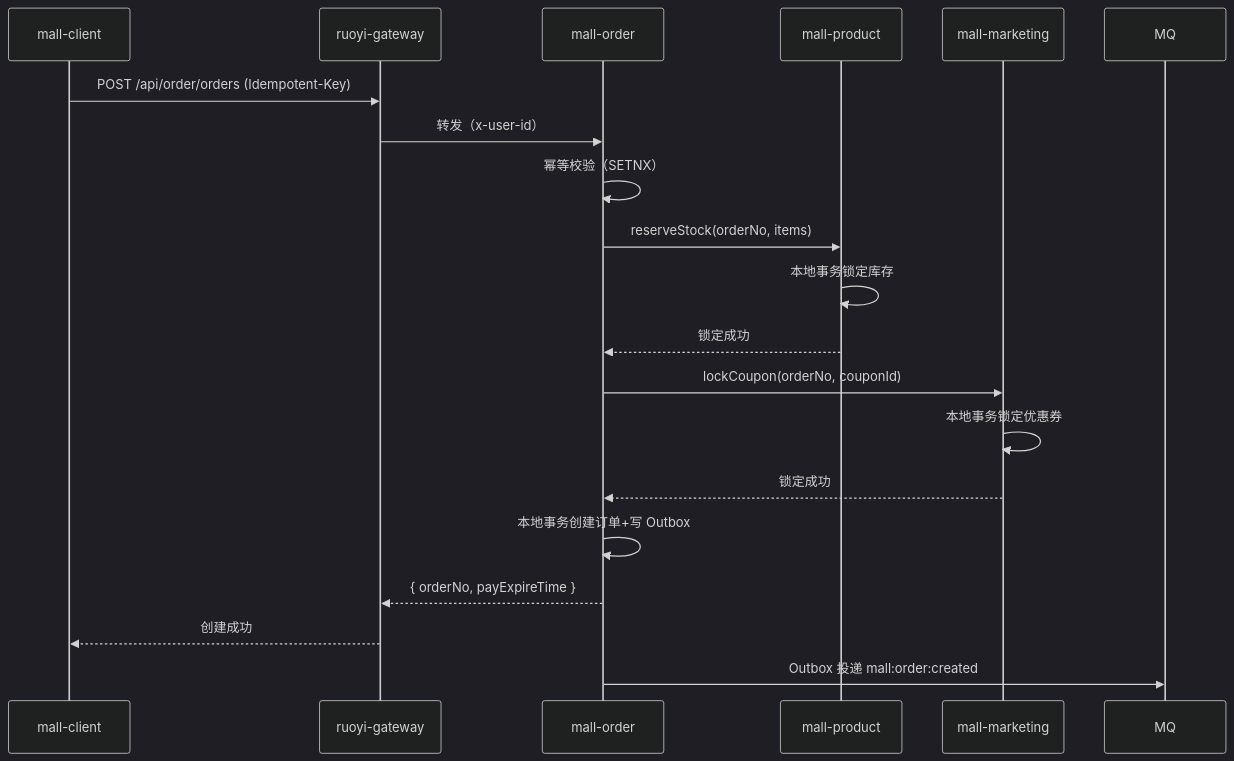
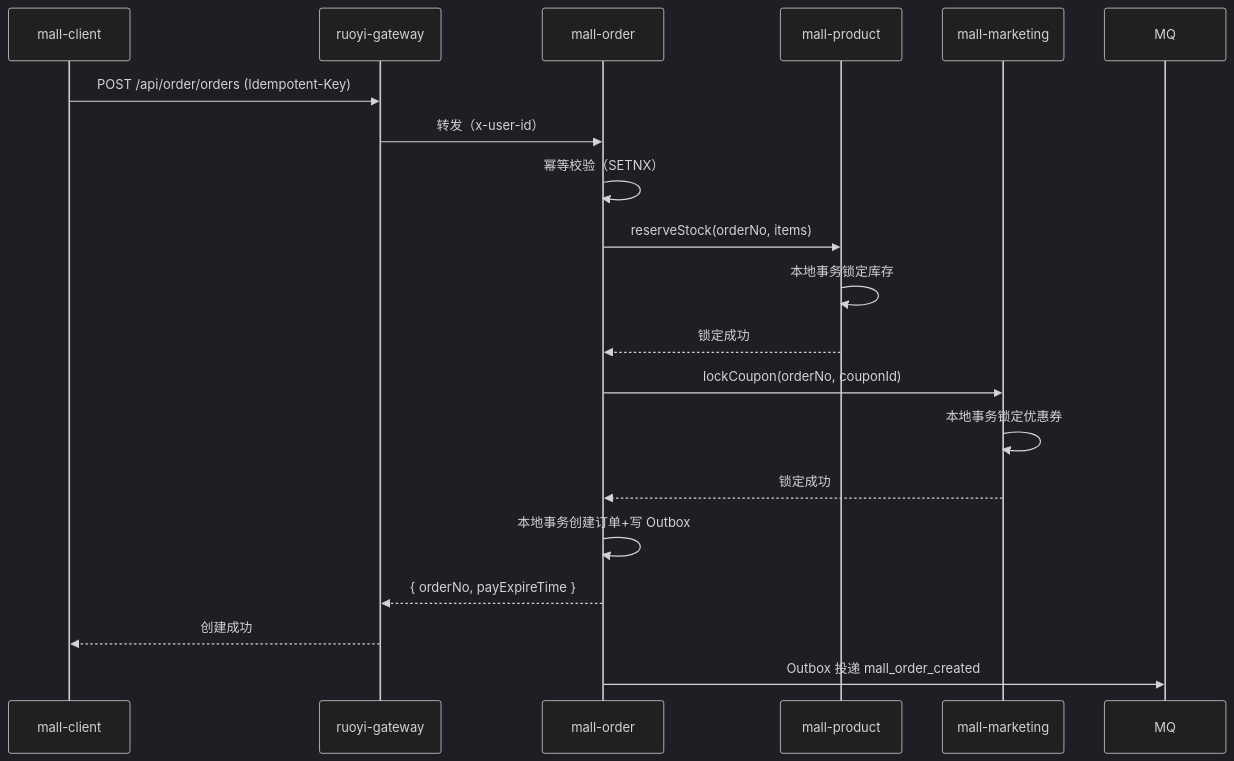
Before and after one commit to 1016297824/JH-Mall: the second of 12 diagrams in docs/design/03_05_系统详细设计-核心业务详细流程.md, drawn with Mermaid (dark theme). The commit also changed other lines of this file and 20 other files, not shown here.

````diff
--- a/docs/design/03_05_系统详细设计-核心业务详细流程.md
+++ b/docs/design/03_05_系统详细设计-核心业务详细流程.md
@@ -66,23 +66,23 @@
 ```mermaid
 sequenceDiagram
     participant C as mall-client
     participant G as ruoyi-gateway
     participant O as mall-order
     participant P as mall-product
     participant M as mall-marketing
     participant MQ as MQ
 
     C->>G: POST /api/order/orders (Idempotent-Key)
     G->>O: 转发（x-user-id）
     O->>O: 幂等校验（SETNX）
     O->>P: reserveStock(orderNo, items)
     P->>P: 本地事务锁定库存
     P-->>O: 锁定成功
     O->>M: lockCoupon(orderNo, couponId)
     M->>M: 本地事务锁定优惠券
     M-->>O: 锁定成功
     O->>O: 本地事务创建订单+写 Outbox
     O-->>G: { orderNo, payExpireTime }
     G-->>C: 创建成功
-    O->>MQ: Outbox 投递 mall:order:created
+    O->>MQ: Outbox 投递 mall_order_created
 ```
````
